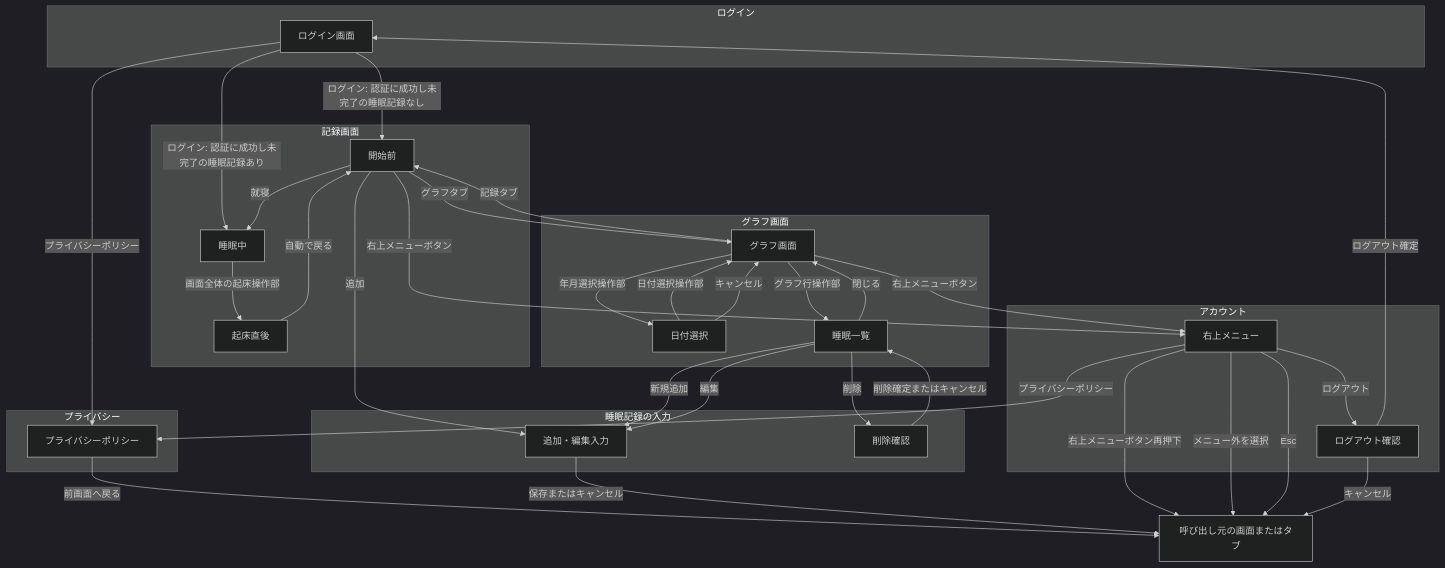
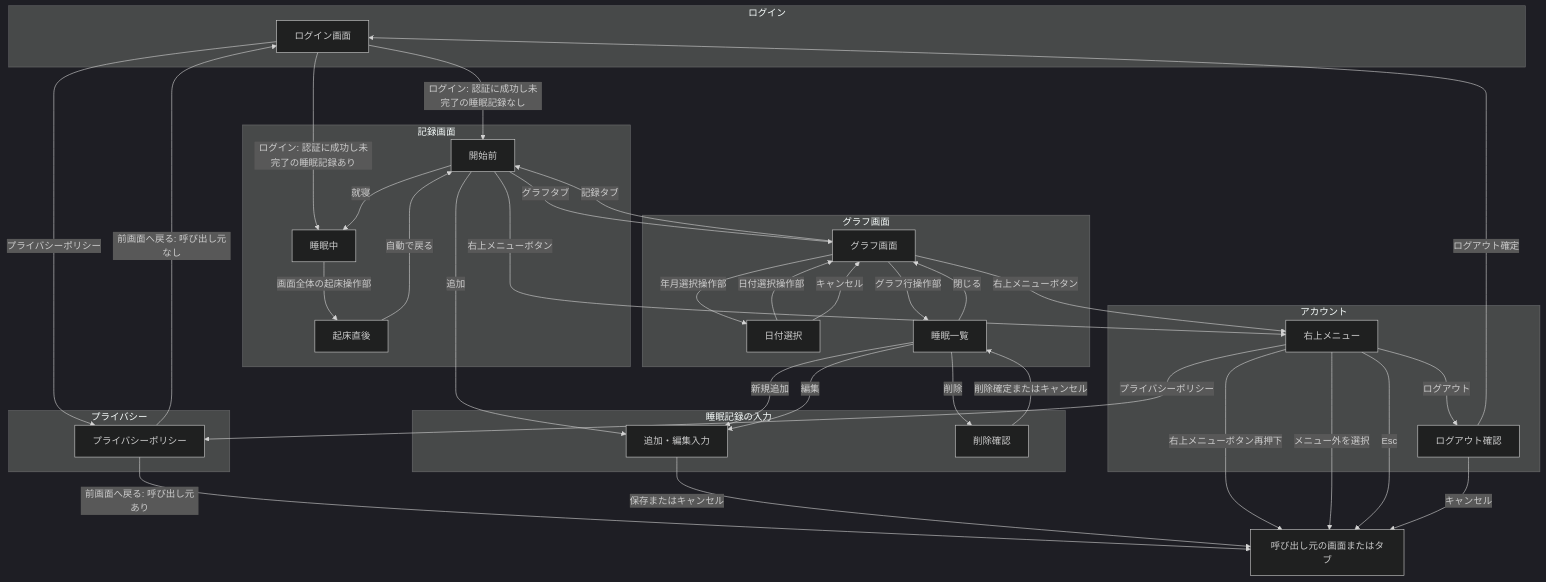
The diagram in docs/v0/specification.md (mimijima/SleepLog), drawn with Mermaid (dark theme) before and after one commit. The commit also changed other lines of this file and 2 other files, not shown here.

Commit message:
design: define privacy policy screen

````diff
--- a/docs/v0/specification.md
+++ b/docs/v0/specification.md
@@ -98,67 +98,68 @@
 ```mermaid
 flowchart TD
     subgraph loginCategory["ログイン"]
         loginScreen["ログイン画面"]
     end
 
     subgraph recordCategory["記録画面"]
         recordStart["開始前"]
         sleepingScreen["睡眠中"]
         wakeComplete["起床直後"]
     end
 
     subgraph graphCategory["グラフ画面"]
         graphScreen["グラフ画面"]
         datePicker["日付選択"]
         sleepList["睡眠一覧"]
     end
 
     subgraph inputCategory["睡眠記録の入力"]
         recordInput["追加・編集入力"]
         deleteConfirm["削除確認"]
     end
 
     subgraph privacyCategory["プライバシー"]
         privacyPolicy["プライバシーポリシー"]
     end
 
     subgraph accountCategory["アカウント"]
         accountMenu["右上メニュー"]
         logoutConfirm["ログアウト確認"]
     end
 
     caller["呼び出し元の画面またはタブ"]
 
     loginScreen -->|プライバシーポリシー| privacyPolicy
-    privacyPolicy -->|前画面へ戻る| caller
+    privacyPolicy -->|前画面へ戻る: 呼び出し元あり| caller
+    privacyPolicy -->|前画面へ戻る: 呼び出し元なし| loginScreen
     loginScreen -->|ログイン: 認証に成功し未完了の睡眠記録なし| recordStart
     loginScreen -->|ログイン: 認証に成功し未完了の睡眠記録あり| sleepingScreen
 
     recordStart -->|就寝| sleepingScreen
     sleepingScreen -->|画面全体の起床操作部| wakeComplete
     wakeComplete -->|自動で戻る| recordStart
     recordStart -->|グラフタブ| graphScreen
     graphScreen -->|記録タブ| recordStart
     recordStart -->|追加| recordInput
 
     graphScreen -->|年月選択操作部| datePicker
     datePicker -->|日付選択操作部| graphScreen
     datePicker -->|キャンセル| graphScreen
     graphScreen -->|グラフ行操作部| sleepList
     sleepList -->|閉じる| graphScreen
     sleepList -->|新規追加| recordInput
     sleepList -->|編集| recordInput
     recordInput -->|保存またはキャンセル| caller
     sleepList -->|削除| deleteConfirm
     deleteConfirm -->|削除確定またはキャンセル| sleepList
 
     recordStart -->|右上メニューボタン| accountMenu
     graphScreen -->|右上メニューボタン| accountMenu
     accountMenu -->|右上メニューボタン再押下| caller
     accountMenu -->|メニュー外を選択| caller
     accountMenu -->|Esc| caller
     accountMenu -->|プライバシーポリシー| privacyPolicy
     accountMenu -->|ログアウト| logoutConfirm
     logoutConfirm -->|ログアウト確定| loginScreen
     logoutConfirm -->|キャンセル| caller
 ```
````
